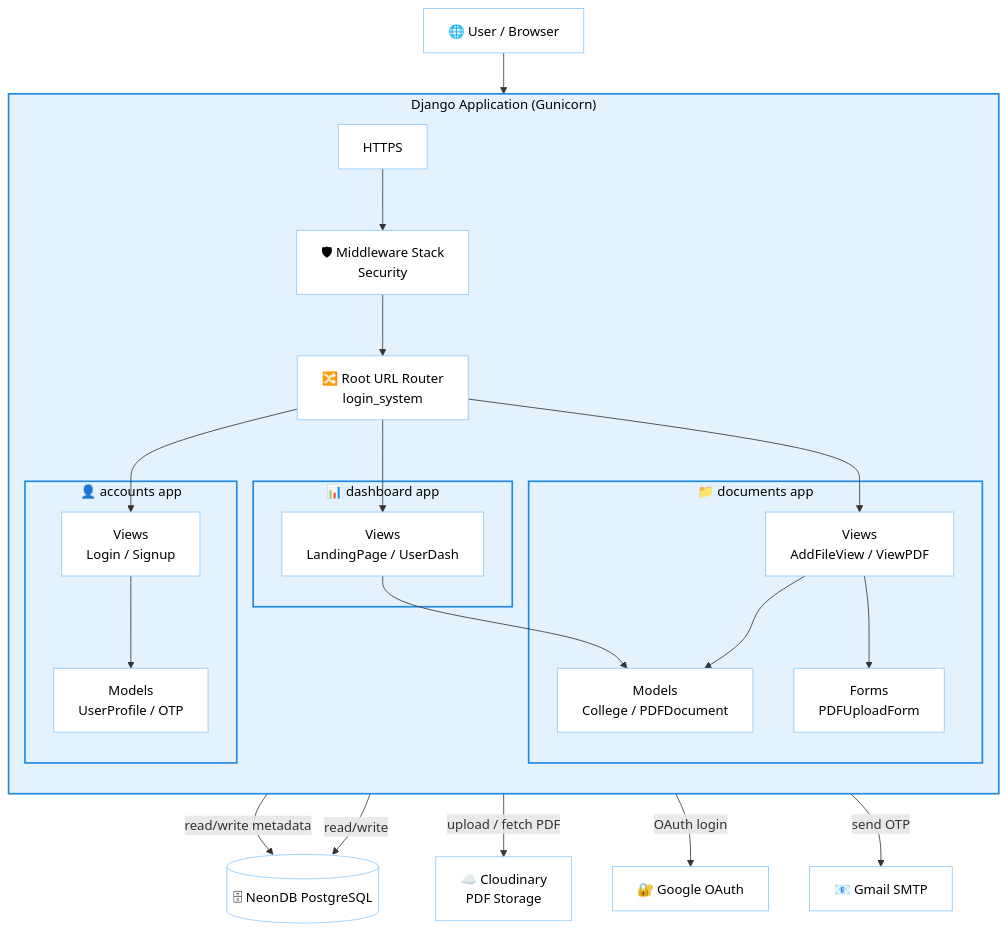
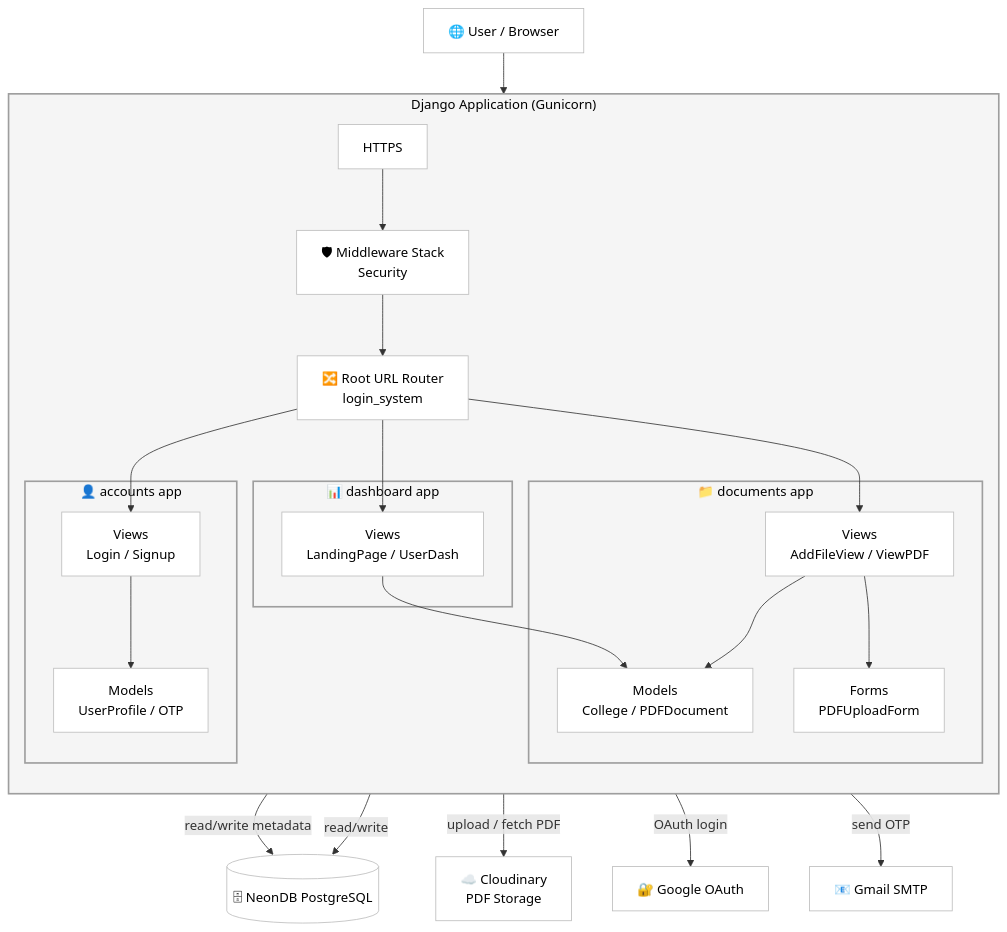
One commit to AishwaryJain07/AI-Powered-inter-college-platform changed the first of 2 diagrams in README.md. Above: the diagram before and after it, drawn with Mermaid.

````diff
--- a/README.md
+++ b/README.md
@@ -56,67 +56,67 @@
 ```mermaid
 flowchart TB
 
-    %% Style (Light Blue - Professional)
-    classDef container fill:#e3f2fd,stroke:#1e88e5,stroke-width:2px,color:#000;
-    classDef node fill:#ffffff,stroke:#90caf9,color:#000;
+%% Style (Light Grey - Professional)
+classDef container fill:#f5f5f5,stroke:#9e9e9e,stroke-width:2px,color:#000;
+classDef node fill:#ffffff,stroke:#bdbdbd,color:#000;
 
     %% User
     User["🌐 User / Browser"]
     HTTPS["HTTPS"]
     class User,HTTPS node;
 
     User --> HTTPS
 
     %% Django Container
     subgraph Django["Django Application (Gunicorn)"]
         direction TB
 
         Middleware["🛡 Middleware Stack\nSecurity"]
         Router["🔀 Root URL Router\nlogin_system"]
 
         subgraph Dashboard["📊 dashboard app"]
             DashboardView["Views\nLandingPage / UserDash"]
         end
 
         subgraph Documents["📁 documents app"]
             DocView["Views\nAddFileView / ViewPDF"]
             DocModels["Models\nCollege / PDFDocument"]
             DocForms["Forms\nPDFUploadForm"]
         end
 
         subgraph Accounts["👤 accounts app"]
             AuthView["Views\nLogin / Signup"]
             AuthModels["Models\nUserProfile / OTP"]
         end
 
         HTTPS --> Middleware --> Router
 
         Router --> DashboardView
         Router --> DocView
         Router --> AuthView
 
         DashboardView --> DocModels
         DocView --> DocForms
         DocView --> DocModels
         AuthView --> AuthModels
     end
 
     class Django,Dashboard,Documents,Accounts container;
 
     %% External + DB
     DB[(🗄 NeonDB PostgreSQL)]
     Storage["☁️ Cloudinary\nPDF Storage"]
     Google["🔐 Google OAuth"]
     Gmail["📧 Gmail SMTP"]
 
     class DB node;
     class Storage,Google,Gmail node;
 
     DocModels -->|read/write metadata| DB
     AuthModels -->|read/write| DB
 
     DocView -->|upload / fetch PDF| Storage
 
     AuthView -->|OAuth login| Google
     AuthView -->|send OTP| Gmail
 ```
````
